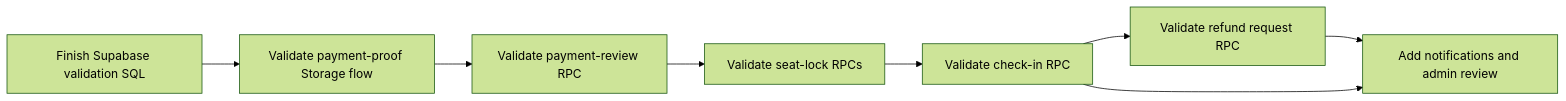
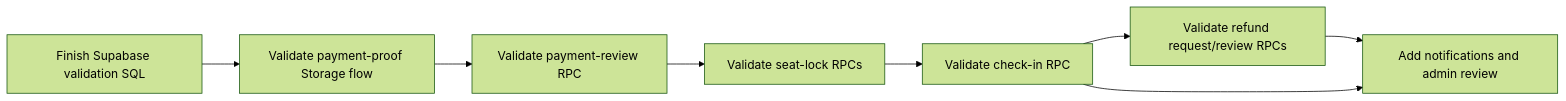
Before and after one commit to moirakk/GatherUp: the fourth of 4 diagrams in docs/project-architecture-brief-v0.1.md, drawn with Mermaid (forest theme). The commit also changed other lines of this file and 8 other files, not shown here.

Commit message:
Add refund review RPC

````diff
--- a/docs/project-architecture-brief-v0.1.md
+++ b/docs/project-architecture-brief-v0.1.md
@@ -238,10 +238,10 @@
 ```mermaid
 flowchart LR
   A["Finish Supabase validation SQL"] --> B["Validate payment-proof Storage flow"]
   B --> C["Validate payment-review RPC"]
   C --> D["Validate seat-lock RPCs"]
   D --> E["Validate check-in RPC"]
-  E --> R["Validate refund request RPC"]
+  E --> R["Validate refund request/review RPCs"]
   R --> F["Expand real event services"]
   E --> F["Add notifications and admin review"]
 ```
````
